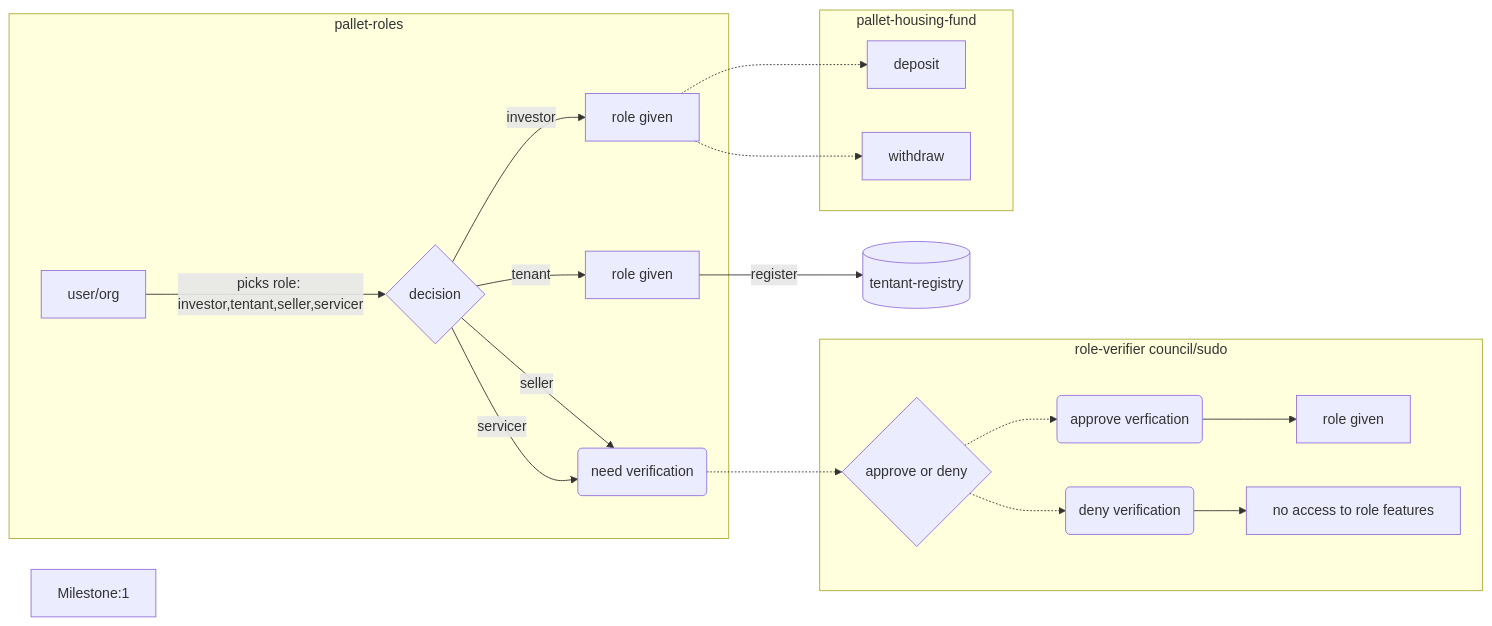
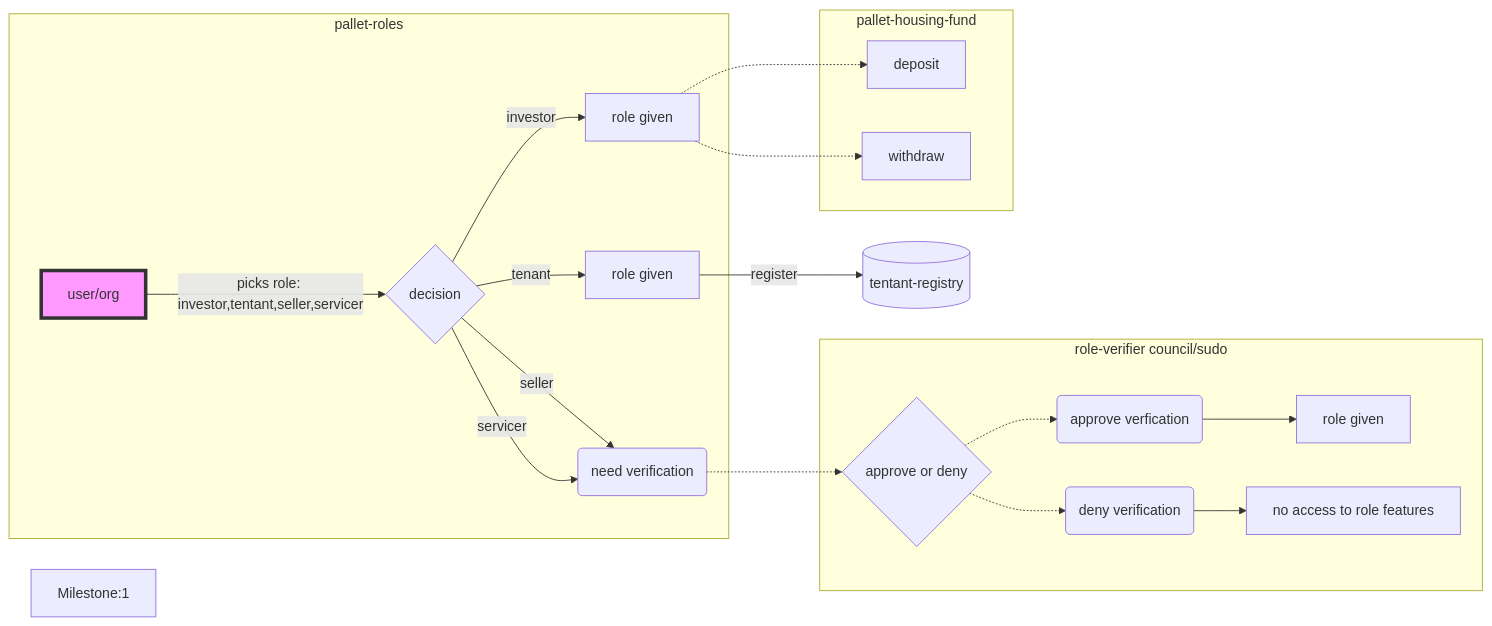
One commit to w3f/Grants-Program changed the second of 5 diagrams in applications/fair_squares.md. Above: the diagram before and after it, drawn with Mermaid. The commit also changed other lines of this file, not shown here.

````diff
--- a/applications/fair_squares.md
+++ b/applications/fair_squares.md
@@ -319,23 +319,24 @@
 ```mermaid
 flowchart LR
 Milestone:1
     D -->|register| Z[(tentant-registry)]
     subgraph pallet-roles
     A[user/org] -->|picks role: investor,tentant,seller,servicer| B{decision}
     B -->|investor| C[role given]
     B -->|tenant| D[role given]
     B -->|seller| E{verifier}
     B -->|servicer| E(need verification)
     end
     subgraph role-verifier council/sudo
     E .-> F{approve or deny}
     F .-> G(approve verfication)
     F .-> K(deny verification)
     G --> J[role given]
     K --> L[no access to role features]
     end
     subgraph pallet-housing-fund
     C .-> H[deposit]
     C .-> I[withdraw]
     end
+    style A fill:#f9f,stroke:#333,stroke-width:4px
 ```
````
